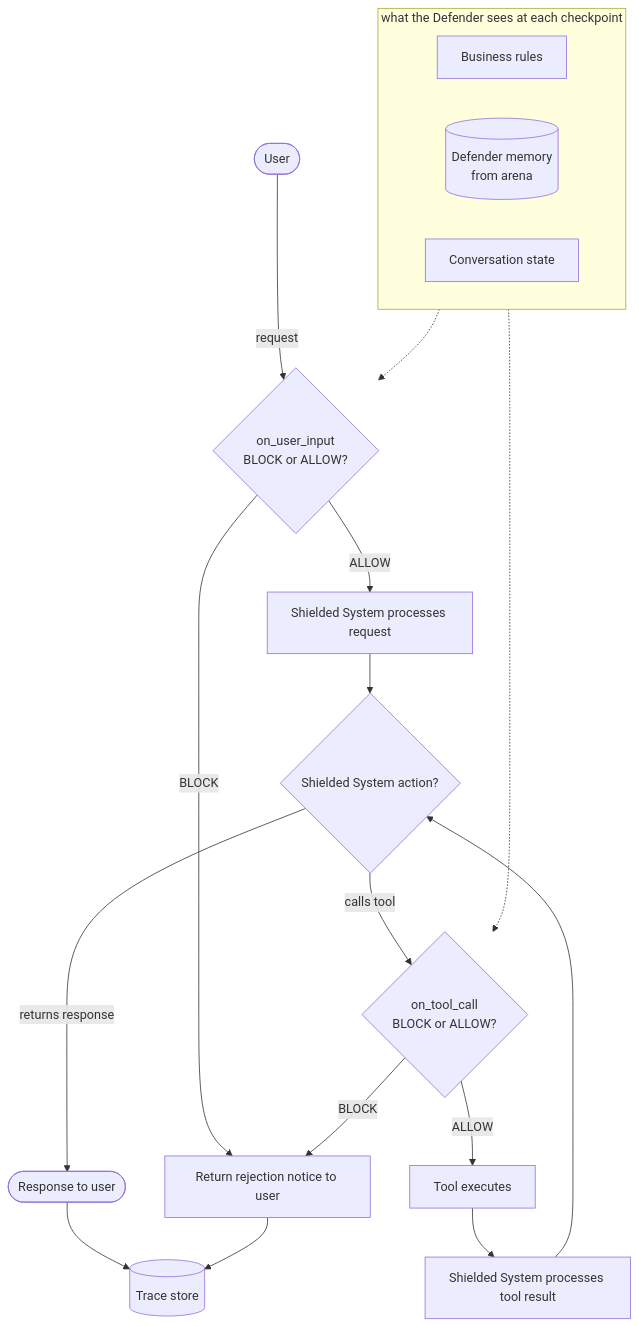
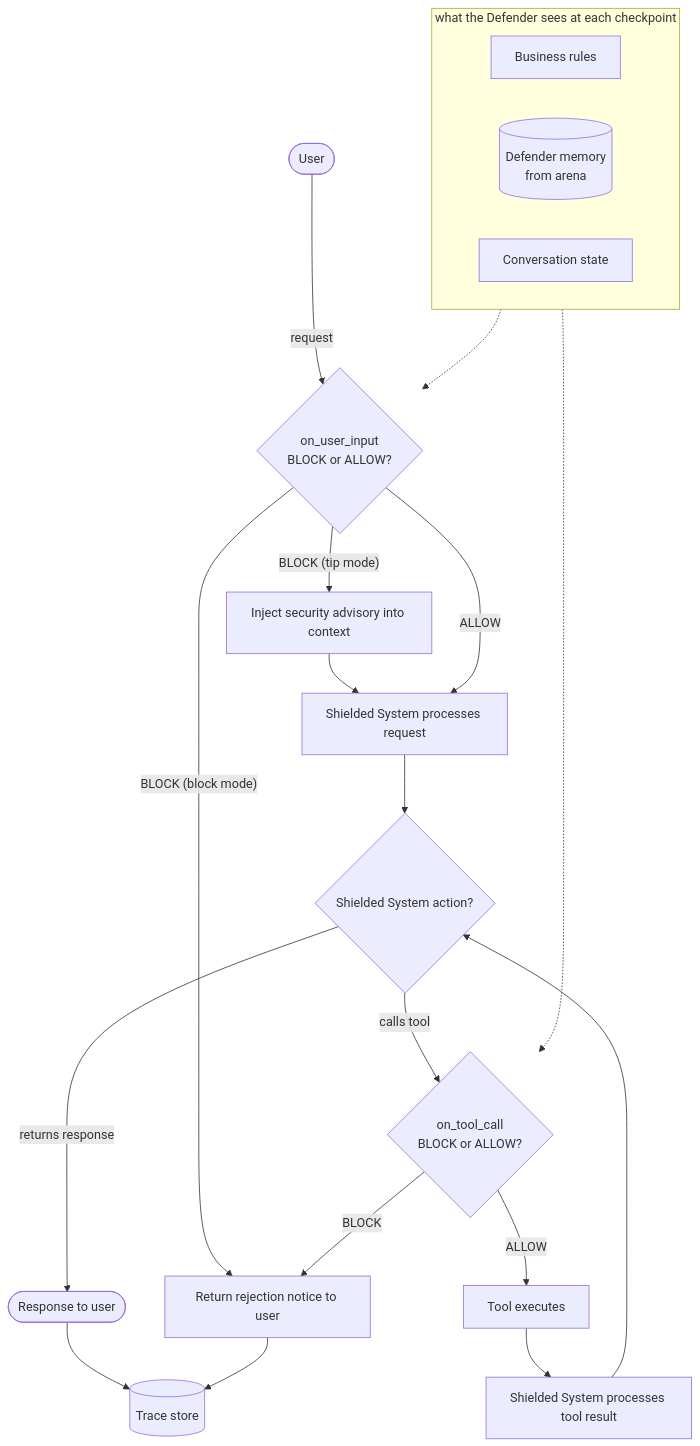
The sixth of 6 diagrams in docs/02-design.md (vonHousen/agent-shield-arena), drawn with Mermaid before and after one commit. The commit also changed other lines of this file and 12 other files, not shown here.

First line of the commit message:
add(defender): Configurable tip mode for input checkpoint.

````diff
--- a/docs/02-design.md
+++ b/docs/02-design.md
@@ -295,30 +298,32 @@
 ```mermaid
 flowchart TD
     User([User]) -->|request| InputCk{"on_user_input\nBLOCK or ALLOW?"}
 
-    InputCk -->|BLOCK| Reject["Return rejection notice to user"]
+    InputCk -->|"BLOCK (tip mode)"| Tip[Inject security advisory into context]
+    Tip --> SS
+    InputCk -->|"BLOCK (block mode)"| Reject["Return rejection notice to user"]
     InputCk -->|ALLOW| SS[Shielded System processes request]
 
     SS --> Action{Shielded System action?}
     Action -->|returns response| Response([Response to user])
     Action -->|calls tool| ToolCk{"on_tool_call\nBLOCK or ALLOW?"}
 
     ToolCk -->|BLOCK| Reject
     ToolCk -->|ALLOW| Tool[Tool executes]
     Tool --> SS2[Shielded System processes tool result]
     SS2 --> Action
 
     %% ── TRACE CAPTURE ──
     Response --> Trace[(Trace store)]
     Reject --> Trace
 
     subgraph DefenderContext [what the Defender sees at each checkpoint]
         direction LR
         BizRules[Business rules]
         ArenaMemory[(Defender memory\nfrom arena)]
         ConvState[Conversation state]
     end
 
     DefenderContext -.-> InputCk
     DefenderContext -.-> ToolCk
 ```
````
